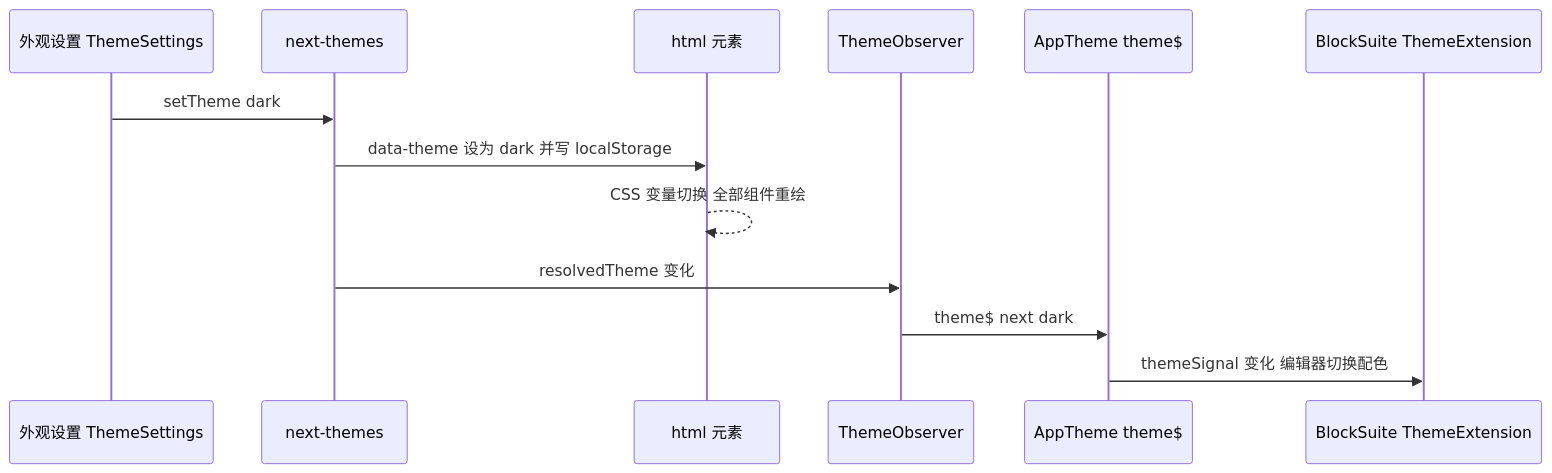
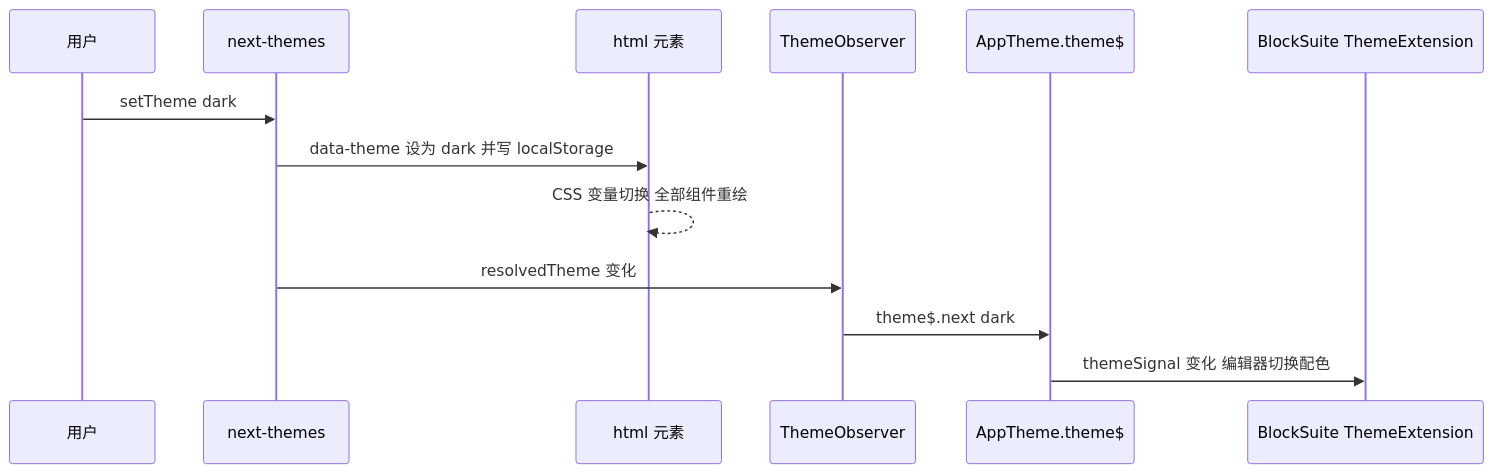
The second of 3 diagrams in learning-guide/slides/decks/18.md (lfire/AFFiNE), drawn with Mermaid before and after one commit. The commit also changed other lines of this file and 46 other files, not shown here.

````diff
--- a/learning-guide/slides/decks/18.md
+++ b/learning-guide/slides/decks/18.md
@@ -225,15 +269,15 @@
 ```mermaid
 sequenceDiagram
-  participant S as 外观设置 ThemeSettings
+  participant U as 用户
   participant NT as next-themes
   participant HTML as html 元素
   participant TO as ThemeObserver
-  participant AT as AppTheme theme$
+  participant AT as AppTheme.theme$
   participant BS as BlockSuite ThemeExtension
-  S->>NT: setTheme dark
+  U->>NT: setTheme dark
   NT->>HTML: data-theme 设为 dark 并写 localStorage
   HTML-->>HTML: CSS 变量切换 全部组件重绘
   NT->>TO: resolvedTheme 变化
-  TO->>AT: theme$ next dark
+  TO->>AT: theme$.next dark
   AT->>BS: themeSignal 变化 编辑器切换配色
 ```
````
